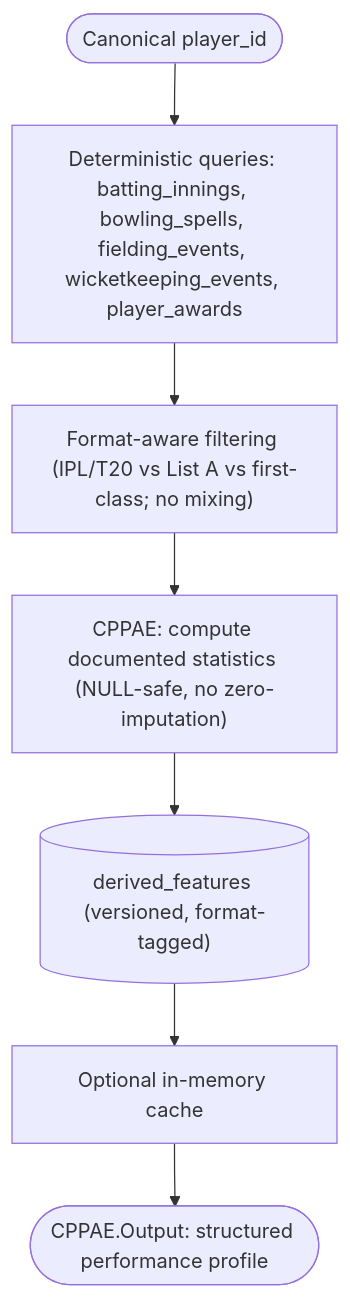
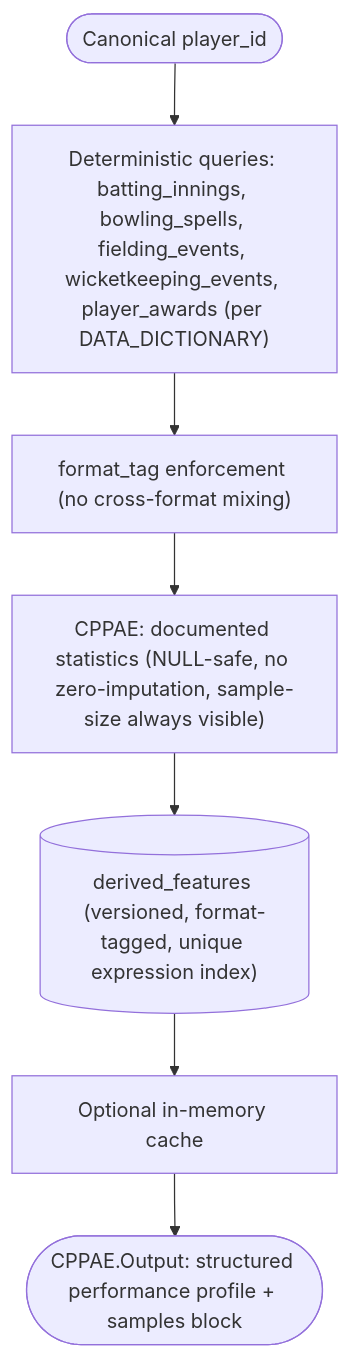
One commit to Subhadip-Paul2006/IPL_Team changed the sixth of 10 diagrams in docs/ARCHITECTURE.md. Above: the diagram before and after it, drawn with Mermaid. The commit also changed other lines of this file, not shown here.

````diff
--- a/docs/ARCHITECTURE.md
+++ b/docs/ARCHITECTURE.md
@@ -252,9 +267,9 @@
 ```mermaid
 flowchart TD
-    Sub(["Canonical player_id"]) --> Fetch["Deterministic queries: batting_innings, bowling_spells, fielding_events, wicketkeeping_events, player_awards"]
-    Fetch --> Format["Format-aware filtering (IPL/T20 vs List A vs first-class; no mixing)"]
-    Format --> Calc["CPPAE: compute documented statistics (NULL-safe, no zero-imputation)"]
-    Calc --> Persist[("derived_features (versioned, format-tagged)")]
+    Sub(["Canonical player_id"]) --> Fetch["Deterministic queries: batting_innings, bowling_spells, fielding_events, wicketkeeping_events, player_awards (per DATA_DICTIONARY)"]
+    Fetch --> Format["format_tag enforcement (no cross-format mixing)"]
+    Format --> Calc["CPPAE: documented statistics (NULL-safe, no zero-imputation, sample-size always visible)"]
+    Calc --> Persist[("derived_features (versioned, format-tagged, unique expression index)")]
     Persist --> Cache["Optional in-memory cache"]
-    Cache --> Out(["CPPAE.Output: structured performance profile"])
+    Cache --> Out(["CPPAE.Output: structured performance profile + samples block"])
 ```
````
